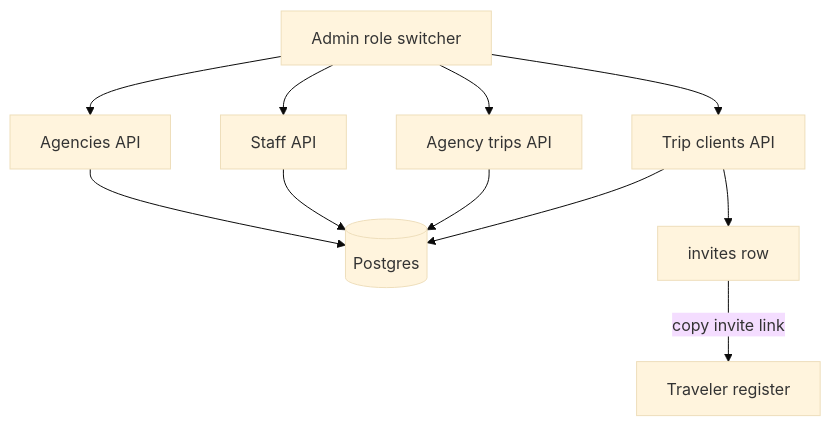
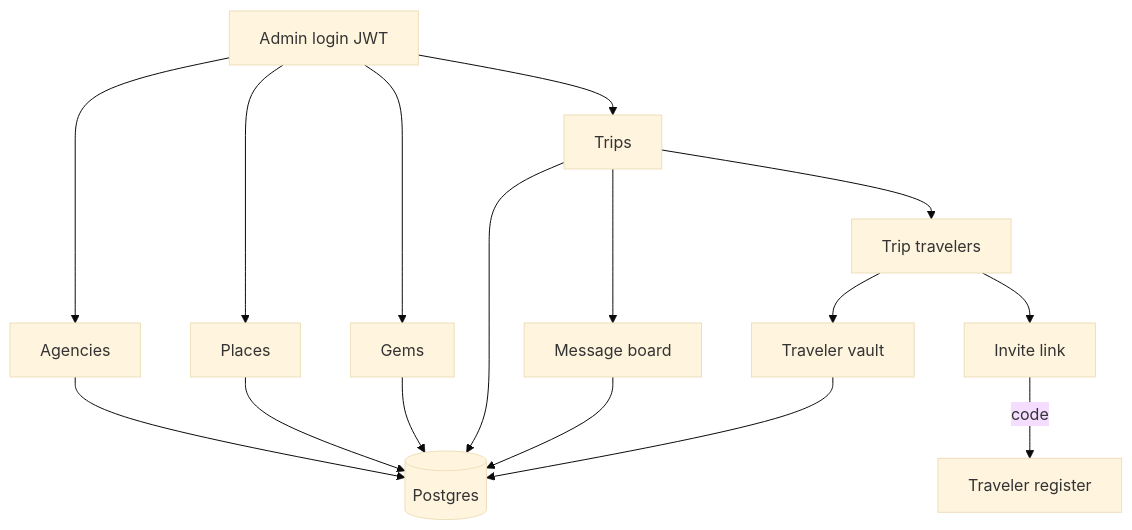
Before and after one commit to zsolt-molnar/travel-bug: the third of 3 diagrams in docs/index.md, drawn with Mermaid (base theme). The commit also changed other lines of this file and 139 other files, not shown here.

````diff
--- a/docs/index.md
+++ b/docs/index.md
@@ -123,22 +133,30 @@
 ```mermaid
 flowchart TD
-  admin[Admin role switcher]
-  agencies[Agencies API]
-  staff[Staff API]
-  agencyTrips[Agency trips API]
-  clients[Trip clients API]
-  inviteRow[invites row]
+  login[Admin login JWT]
+  agencies[Agencies]
+  places[Places]
+  gems[Gems]
+  trips[Trips]
+  board[Message board]
+  clients[Trip travelers]
+  vault[Traveler vault]
+  invite[Invite link]
   register[Traveler register]
   pg[(Postgres)]
 
-  admin --> agencies
-  admin --> staff
-  admin --> agencyTrips
-  admin --> clients
+  login --> agencies
+  login --> places
+  login --> gems
+  login --> trips
+  trips --> board
+  trips --> clients
+  clients --> vault
+  clients --> invite
+  invite -->|code| register
   agencies --> pg
-  staff --> pg
-  agencyTrips --> pg
-  clients --> pg
-  clients --> inviteRow
-  inviteRow -->|copy invite link| register
+  places --> pg
+  gems --> pg
+  trips --> pg
+  board --> pg
+  vault --> pg
 ```
````
